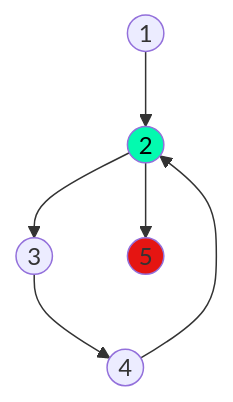
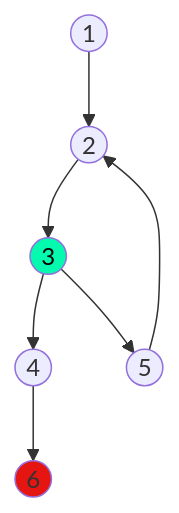
One commit to Chabok52/TP_8 changed the diagram in grafos_de_complejidad/ejercicio10_diagrama.md. Above: the diagram before and after it, drawn with Mermaid.

Commit message:
Correccion

````diff
--- a/grafos_de_complejidad/ejercicio10_diagrama.md
+++ b/grafos_de_complejidad/ejercicio10_diagrama.md
@@ -2,11 +2,11 @@
 ```mermaid
 flowchart TD
-1((1)) --> 2
-2((2))
-2 --> 3((3))
-3 --> 4((4))
-4 --> 2
-2 --> 5((5))
-style 2 fill:#03FAAF,color:#000000
-style 5 fill:#E51512,color:#fffff
+	A((1)) --> B((2))
+	B --> C((3))
+	C --> D((4))
+	C --> E((5))
+	E --> B
+	D --> F((6))
+	style C fill:#03FAAF,color:#000000
+	style F fill:#E51512,color:#fffff
 ```
````
